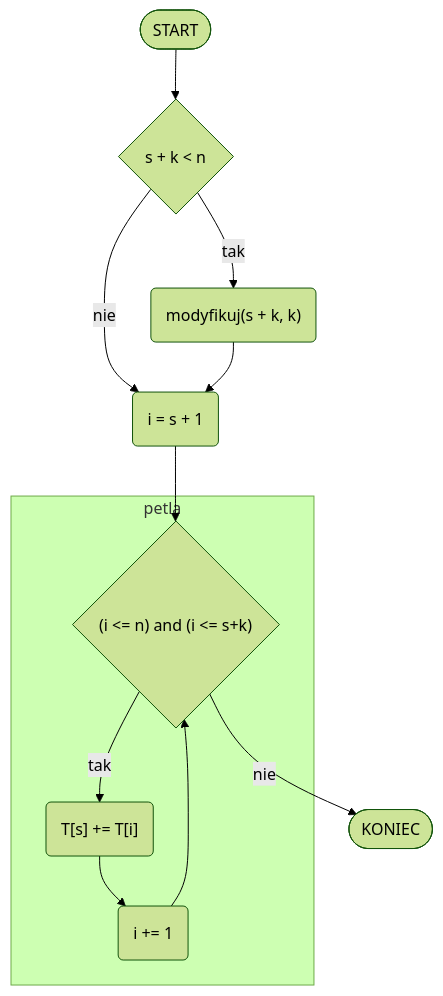
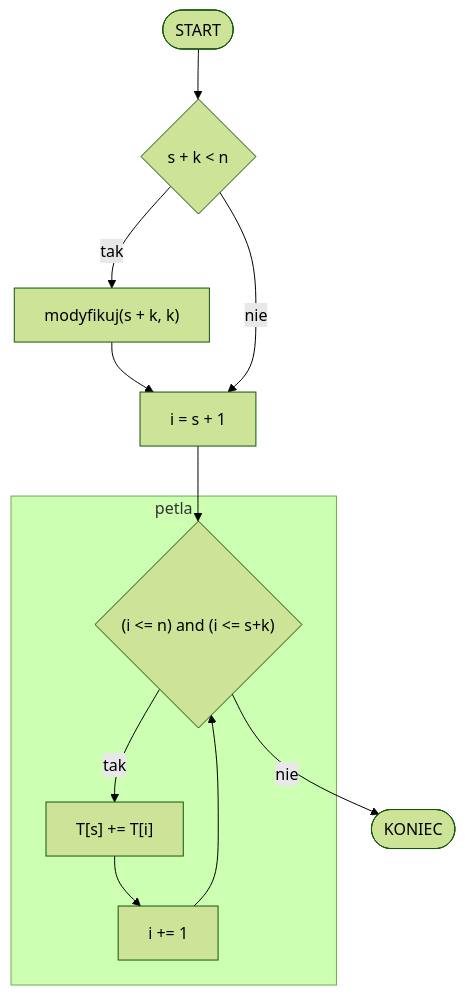
The diagram in 2022-03-24/zadanie2.md (nlo-edu-pl/2021-nlo-inf), drawn with Mermaid (forest theme) before and after one commit.

Commit message:
formatowanie

````diff
--- a/2022-03-24/zadanie2.md
+++ b/2022-03-24/zadanie2.md
@@ -4,27 +4,24 @@
 ```mermaid
-graph TD
+flowchart TD;
     start(["START"]);
-    cond1{s + k < n};
-    inst1("modyfikuj(s + k, k)")
-    inst2("i = s + 1")
+    cond1{"s + k < n"};
+    inst1["modyfikuj(s + k, k)"];
+    inst2["i = s + 1"];
     cond2{"(i <= n) and (i <= s+k)"};
-    inst3("T[s] += T[i]");
-    inst4("i += 1");
+    inst3["T[s] += T[i]"];
+    inst4["i += 1"];
     theend(["KONIEC"]);
 
     start --> cond1;
 
-    cond1 -- "tak" --> inst1;
+    cond1 -- "tak" --> inst1 --> inst2;
     cond1 -- "nie" --> inst2;
-    inst1 --> inst2;
     inst2 --> cond2;
     
     subgraph loop1 [petla];
-    cond2;
-    cond2 -- "tak" --> inst3;
-    inst3 --> inst4;
-    inst4 --> cond2;
+        cond2;
+        cond2 -- "tak" --> inst3 --> inst4 --> cond2;
     end;
 
     cond2 -- "nie" --> theend;
 ```
````
